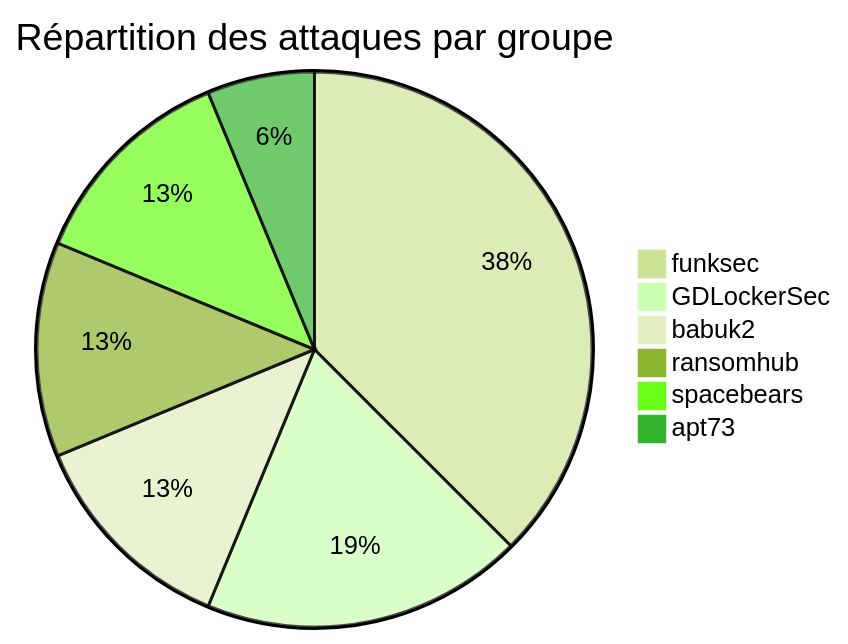
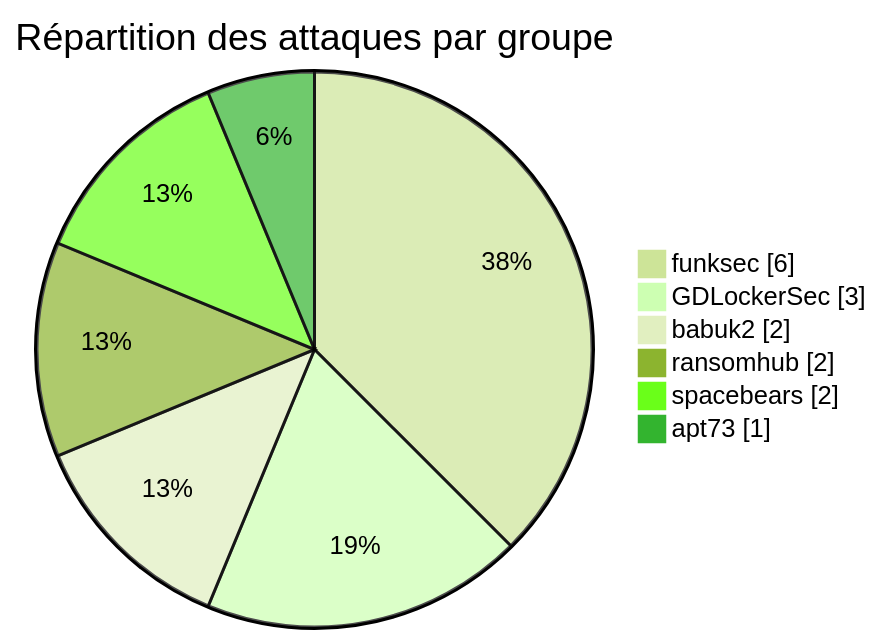
The first of 7 diagrams in CyberAttackAfrica/2025/01-january/README_FR.md (Hatchepsoute/AFRINTEL), drawn with Mermaid (forest theme) before and after one commit. The commit also changed other lines of this file and 182 other files, not shown here.

````diff
--- a/CyberAttackAfrica/2025/01-january/README_FR.md
+++ b/CyberAttackAfrica/2025/01-january/README_FR.md
@@ -32,9 +35,10 @@
 ```mermaid
-pie title Répartition des attaques par groupe
+pie showData
+    title Répartition des attaques par groupe
     "funksec" : 6
     "GDLockerSec" : 3
     "babuk2" : 2
     "ransomhub" : 2
     "spacebears" : 2
     "apt73" : 1
 ```
````
